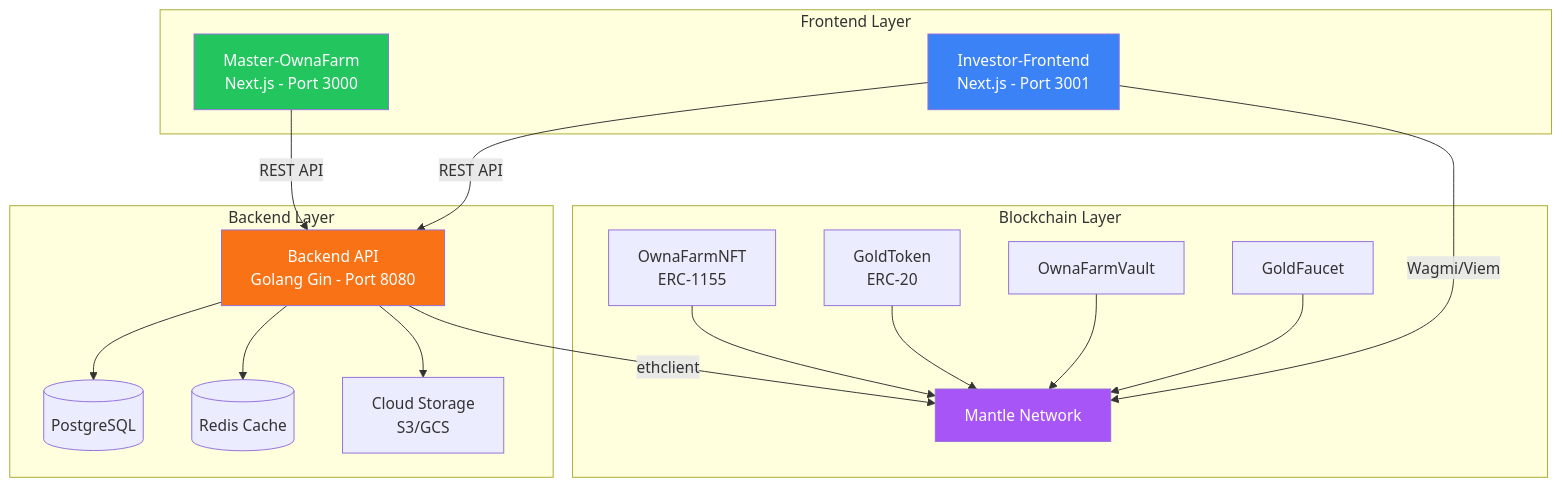
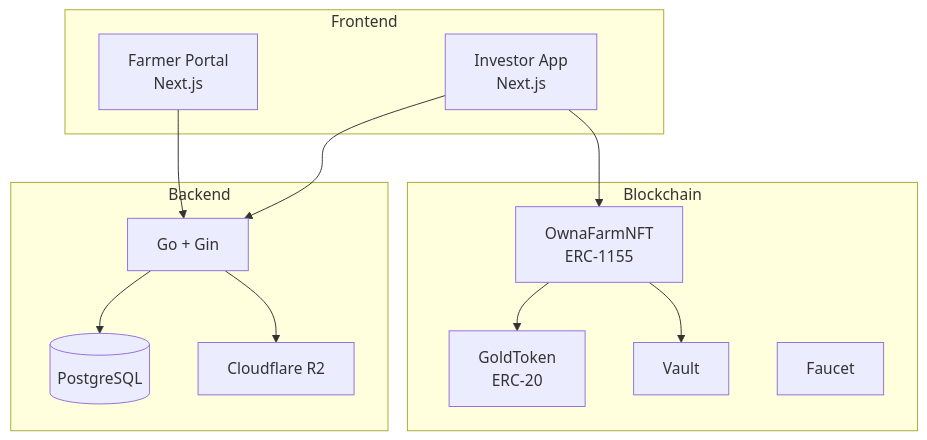
The second of 2 diagrams in OVERVIEW-OWNAFARM.md (OwnaFarm/docs), drawn with Mermaid before and after one commit. The commit also changed other lines of this file and 17 other files, not shown here.

````diff
--- a/OVERVIEW-OWNAFARM.md
+++ b/OVERVIEW-OWNAFARM.md
@@ -190,41 +54,28 @@
 ```mermaid
 graph TB
-    subgraph "Frontend Layer"
-        FE1[Master-OwnaFarm<br/>Next.js - Port 3000]
-        FE2[Investor-Frontend<br/>Next.js - Port 3001]
+    subgraph Frontend
+        FP[Farmer Portal<br/>Next.js]
+        IA[Investor App<br/>Next.js]
     end
-    
-    subgraph "Backend Layer"
-        BE[Backend API<br/>Golang Gin - Port 8080]
+
+    subgraph Backend
+        API[Go + Gin]
         DB[(PostgreSQL)]
-        CACHE[(Redis Cache)]
-        STORAGE[Cloud Storage<br/>S3/GCS]
+        R2[Cloudflare R2]
     end
-    
-    subgraph "Blockchain Layer"
-        SC1[OwnaFarmNFT<br/>ERC-1155]
-        SC2[GoldToken<br/>ERC-20]
-        SC3[OwnaFarmVault]
-        SC4[GoldFaucet]
-        MANTLE[Mantle Network]
+
+    subgraph Blockchain
+        NFT[OwnaFarmNFT<br/>ERC-1155]
+        GOLD[GoldToken<br/>ERC-20]
+        VAULT[Vault]
+        FAUCET[Faucet]
     end
-    
-    FE1 --> |REST API| BE
-    FE2 --> |REST API| BE
-    FE2 --> |Wagmi/Viem| MANTLE
-    
-    BE --> DB
-    BE --> CACHE
-    BE --> STORAGE
-    BE --> |ethclient| MANTLE
-    
-    SC1 --> MANTLE
-    SC2 --> MANTLE
-    SC3 --> MANTLE
-    SC4 --> MANTLE
-    
-    style FE1 fill:#22c55e,color:#fff
-    style FE2 fill:#3b82f6,color:#fff
-    style BE fill:#f97316,color:#fff
-    style MANTLE fill:#a855f7,color:#fff
+
+    FP --> API
+    IA --> API
+    IA --> NFT
+    API --> DB
+    API --> R2
+    NFT --> GOLD
+    NFT --> VAULT
 ```
````
